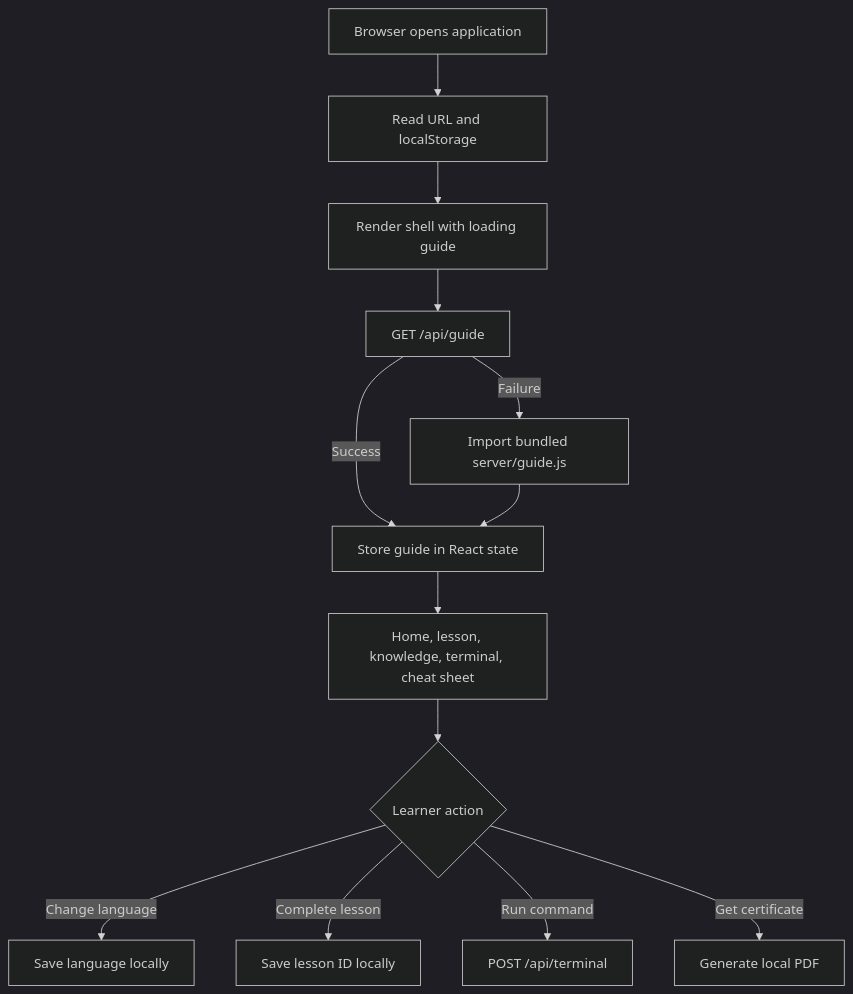
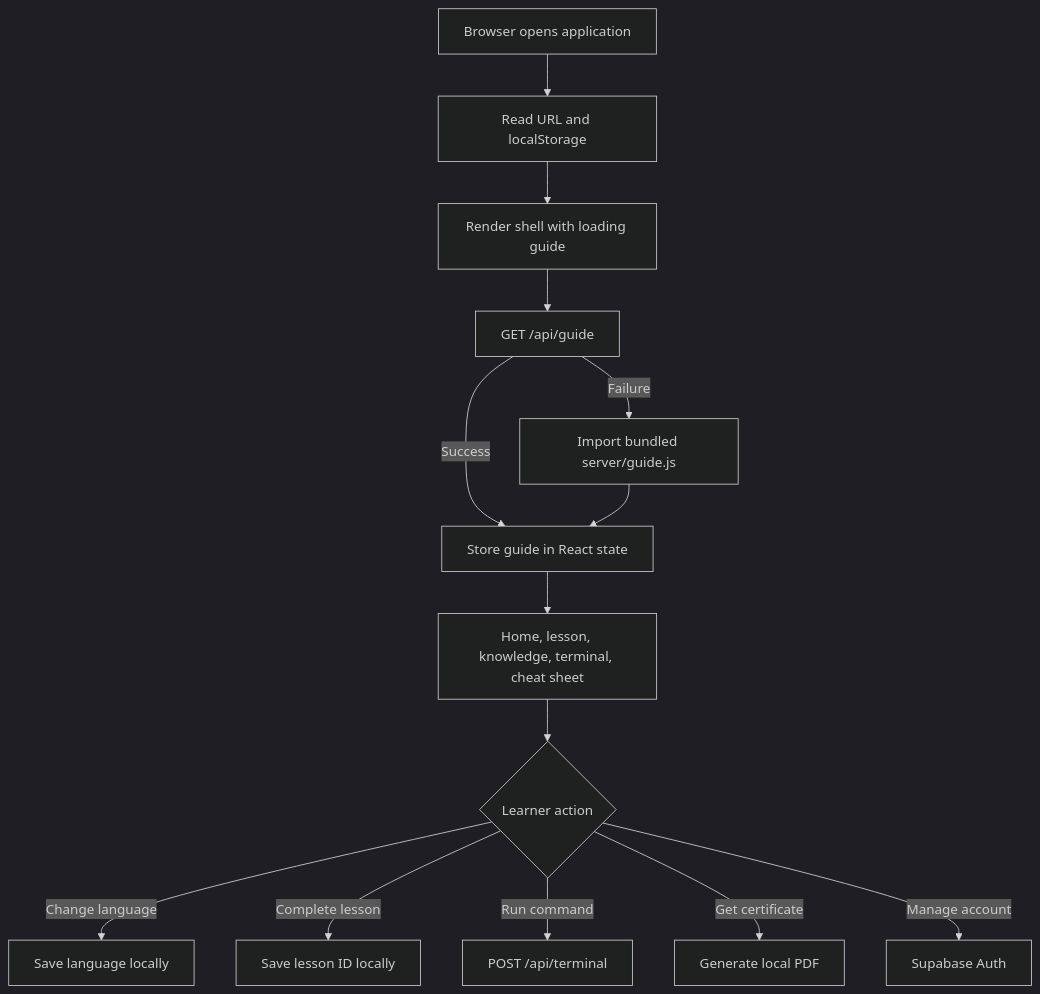
One commit to MoriartyLink/git-guide changed the fourth of 9 diagrams in docs/ARCHITECTURE.md. Above: the diagram before and after it, drawn with Mermaid (dark theme). The commit also changed other lines of this file and 137 other files, not shown here.

````diff
--- a/docs/ARCHITECTURE.md
+++ b/docs/ARCHITECTURE.md
@@ -83,15 +90,16 @@
 ```mermaid
 flowchart TD
     Start["Browser opens application"] --> Init["Read URL and localStorage"]
     Init --> Render["Render shell with loading guide"]
     Render --> Request["GET /api/guide"]
     Request -->|Success| GuideState["Store guide in React state"]
     Request -->|Failure| Fallback["Import bundled server/guide.js"]
     Fallback --> GuideState
     GuideState --> Views["Home, lesson, knowledge, terminal, cheat sheet"]
     Views --> Action{"Learner action"}
     Action -->|Change language| SaveLanguage["Save language locally"]
     Action -->|Complete lesson| SaveProgress["Save lesson ID locally"]
     Action -->|Run command| TerminalAPI["POST /api/terminal"]
     Action -->|Get certificate| PDF["Generate local PDF"]
+    Action -->|Manage account| Auth["Supabase Auth"]
 ```
````
